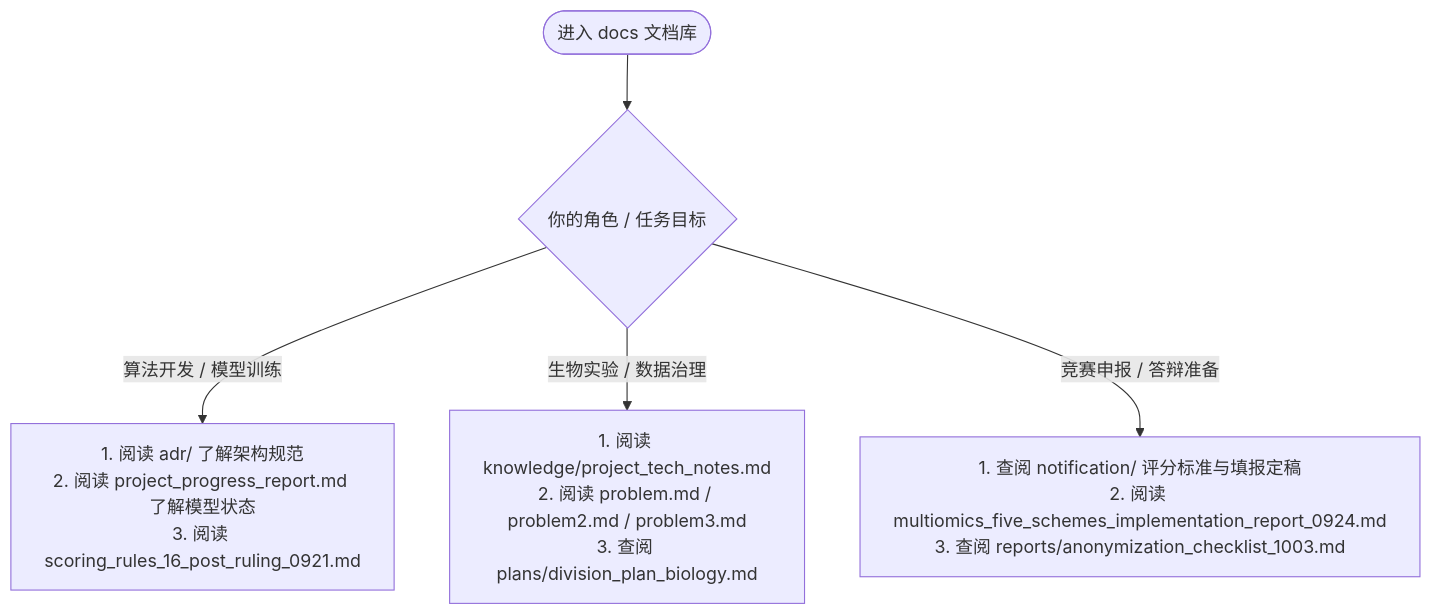
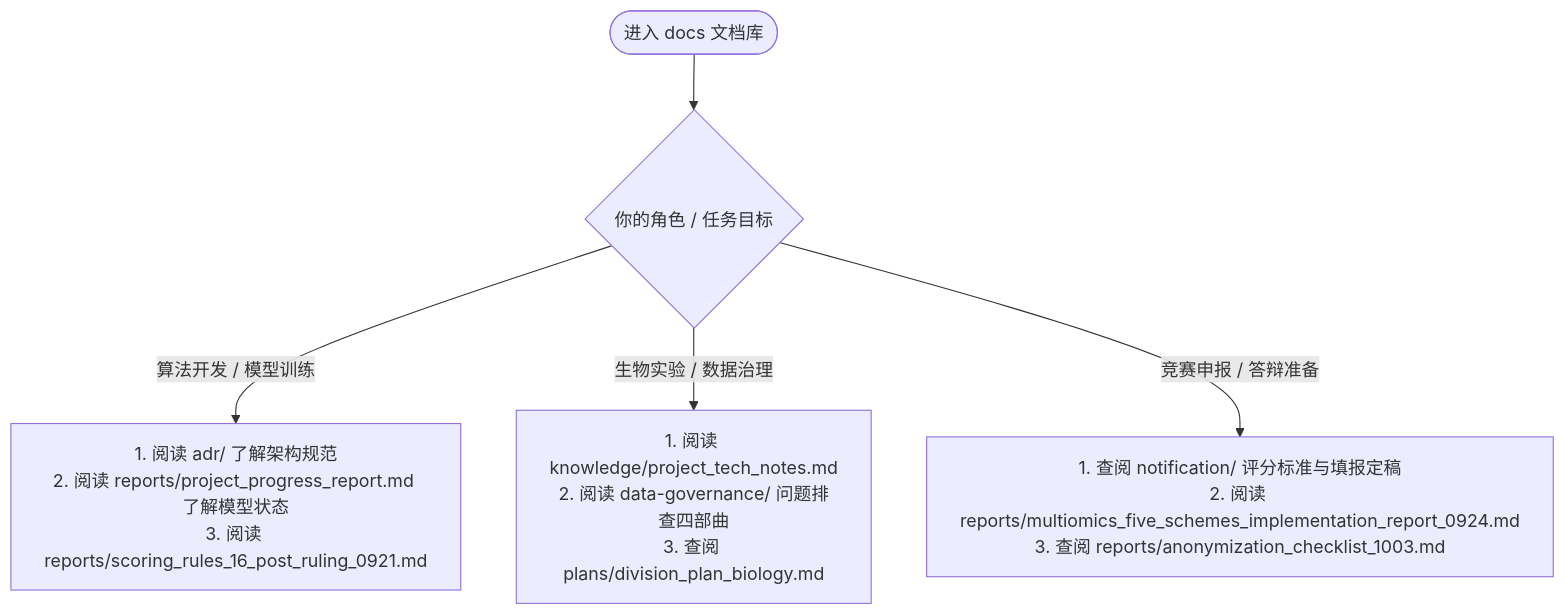
Before and after one commit to 2095262816ght-cpu/asteraceae-grna-design: the diagram in cs_pipeline/docs/README.md, drawn with Mermaid. The commit also changed other lines of this file and 110 other files, not shown here.

````diff
--- a/cs_pipeline/docs/README.md
+++ b/cs_pipeline/docs/README.md
@@ -143,8 +136,8 @@
 ```mermaid
 flowchart TD
     Start([进入 docs 文档库]) --> Role{你的角色 / 任务目标}
     
-    Role -->|算法开发 / 模型训练| CS[1. 阅读 adr/ 了解架构规范<br>2. 阅读 project_progress_report.md 了解模型状态<br>3. 阅读 scoring_rules_16_post_ruling_0921.md]
-    Role -->|生物实验 / 数据治理| Bio[1. 阅读 knowledge/project_tech_notes.md<br>2. 阅读 problem.md / problem2.md / problem3.md<br>3. 查阅 plans/division_plan_biology.md]
-    Role -->|竞赛申报 / 答辩准备| Contest[1. 查阅 notification/ 评分标准与填报定稿<br>2. 阅读 multiomics_five_schemes_implementation_report_0924.md<br>3. 查阅 reports/anonymization_checklist_1003.md]
+    Role -->|算法开发 / 模型训练| CS[1. 阅读 adr/ 了解架构规范<br>2. 阅读 reports/project_progress_report.md 了解模型状态<br>3. 阅读 reports/scoring_rules_16_post_ruling_0921.md]
+    Role -->|生物实验 / 数据治理| Bio[1. 阅读 knowledge/project_tech_notes.md<br>2. 阅读 data-governance/ 问题排查四部曲<br>3. 查阅 plans/division_plan_biology.md]
+    Role -->|竞赛申报 / 答辩准备| Contest[1. 查阅 notification/ 评分标准与填报定稿<br>2. 阅读 reports/multiomics_five_schemes_implementation_report_0924.md<br>3. 查阅 reports/anonymization_checklist_1003.md]
 ```
````
